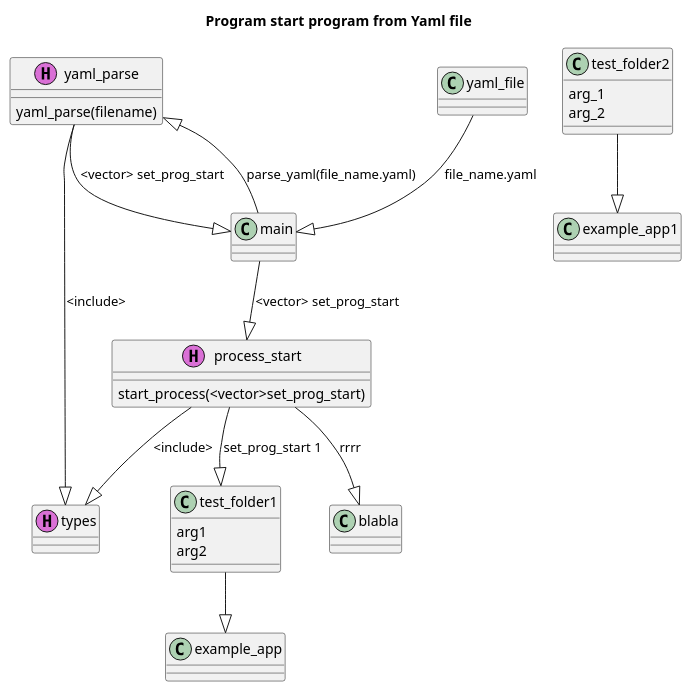
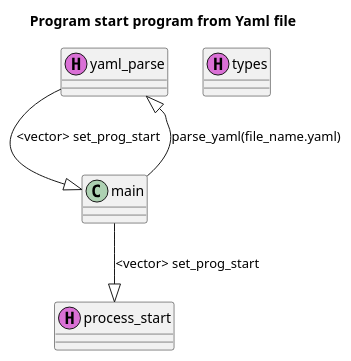
The diagram in docs/UML/Struct_prog.puml (zonmen/tests), drawn with PlantUML before and after one commit.

```diff
--- a/docs/UML/Struct_prog.puml
+++ b/docs/UML/Struct_prog.puml
@@ -1,35 +1,16 @@
 @startuml
 title "Program start program from Yaml file"
 class  yaml_parse  << (H,orchid) >>
 class  process_start  << (H,orchid) >>
 class  types  << (H,orchid) >>
 
-yaml_file --|> main :"file_name.yaml"
 
 
 main --|> process_start :"<vector> set_prog_start"
 
 main --|> yaml_parse :"parse_yaml(file_name.yaml)"
 yaml_parse --|> main :"<vector> set_prog_start"
 
-process_start --|> types :"<include>"
-yaml_parse --|> types :"<include>"
-
-process_start --|> test_folder1 :"set_prog_start 1"
-process_start --|> blabla : "rrrr" 
-
-test_folder1 --|> example_app
-test_folder2 --|> example_app1  
-
-
-test_folder1 : arg1
-test_folder1 : arg2
-
-test_folder2 : arg_1
-test_folder2 : arg_2
-
-yaml_parse : yaml_parse(filename)
-process_start : start_process(<vector>set_prog_start)
 
 
 @enduml
```
